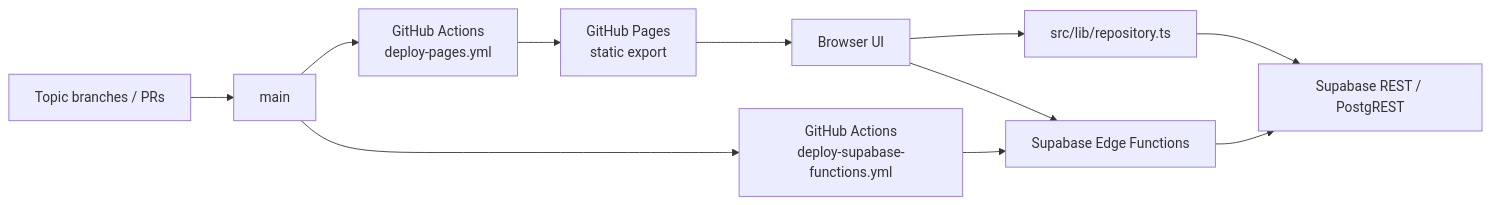
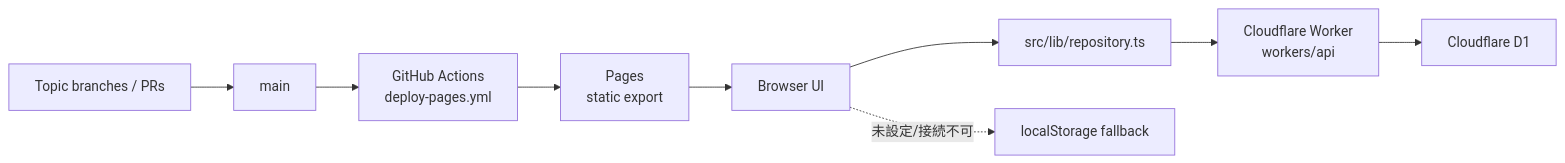
One commit to QuietBriony/world-toto-lab changed the diagram in docs/ARCHITECTURE.md. Above: the diagram before and after it, drawn with Mermaid. The commit also changed other lines of this file and 17 other files, not shown here.

````diff
--- a/docs/ARCHITECTURE.md
+++ b/docs/ARCHITECTURE.md
@@ -7,13 +7,11 @@
 ```mermaid
 flowchart LR
   Dev["Topic branches / PRs"] --> Main["main"]
   Main --> PagesWorkflow["GitHub Actions<br/>deploy-pages.yml"]
-  Main --> FnWorkflow["GitHub Actions<br/>deploy-supabase-functions.yml"]
-  PagesWorkflow --> Pages["GitHub Pages<br/>static export"]
+  PagesWorkflow --> Pages["Pages<br/>static export"]
   Pages --> Browser["Browser UI"]
   Browser --> Repo["src/lib/repository.ts"]
-  Repo --> Supabase["Supabase REST / PostgREST"]
-  Browser --> Edge["Supabase Edge Functions"]
-  Edge --> Supabase
-  FnWorkflow --> Edge
+  Repo --> Worker["Cloudflare Worker<br/>workers/api"]
+  Worker --> D1["Cloudflare D1"]
+  Browser -.->|未設定/接続不可| Local["localStorage fallback"]
 ```
````
